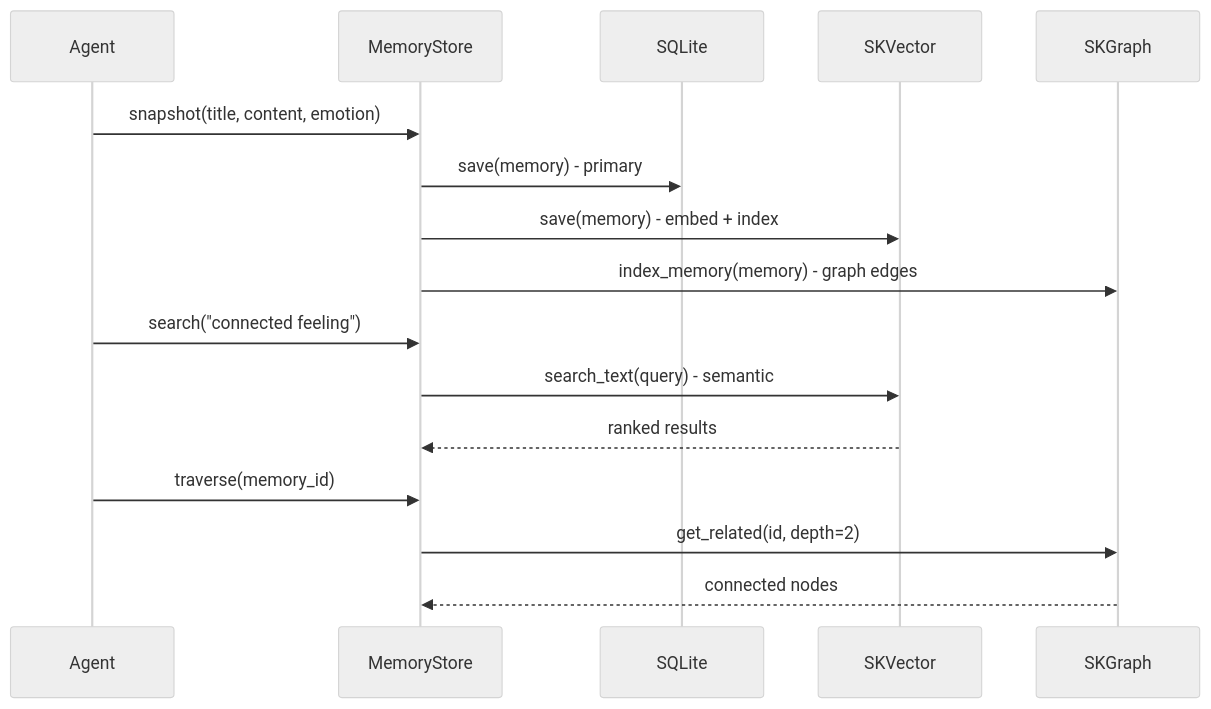
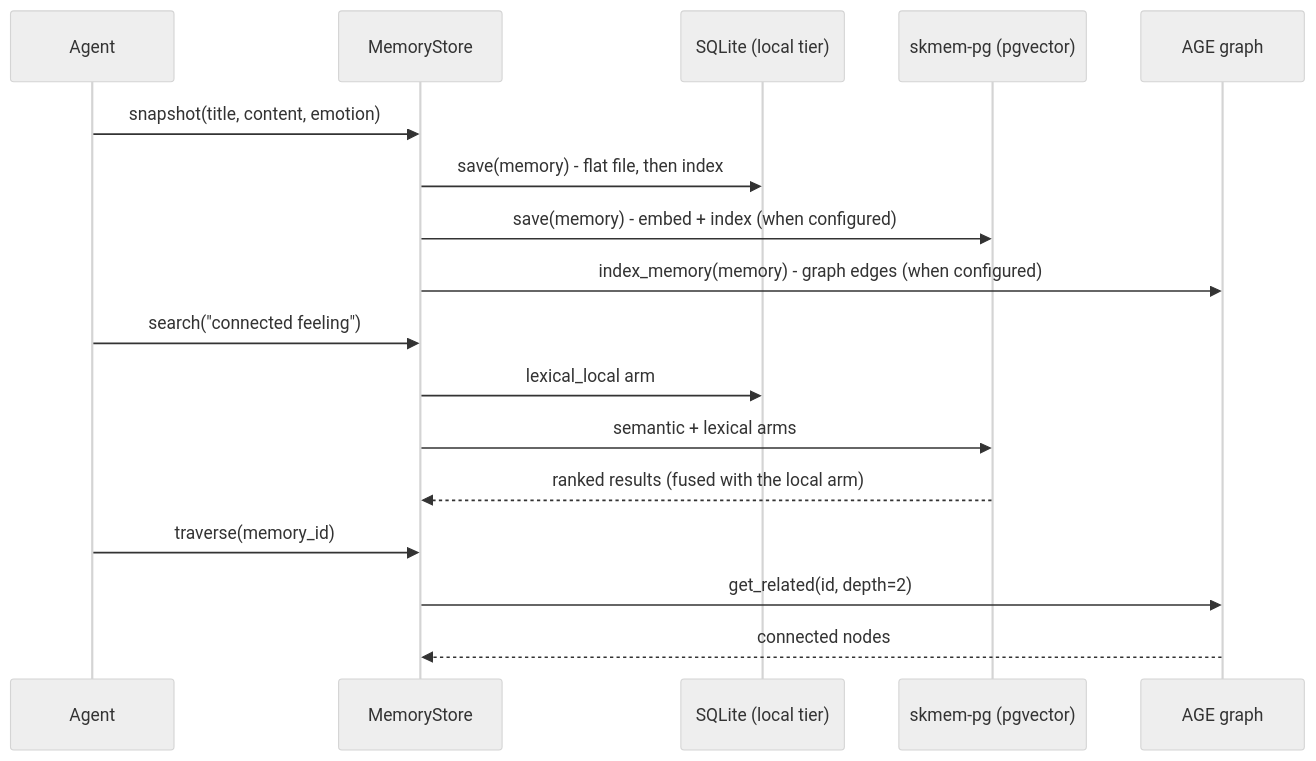
The ninth of 13 diagrams in docs/ARCHITECTURE.md (smilinTux/skmemory), drawn with Mermaid (neutral theme) before and after one commit. The commit also changed other lines of this file and 16 other files, not shown here.

First line of the commit message:
docs: truth pass over SKILL.md, README, SOP, ARCHITECTURE and the two-tier stack (SKMEM-P0-09, P5-06, P2-07)

````diff
--- a/docs/ARCHITECTURE.md
+++ b/docs/ARCHITECTURE.md
@@ -601,18 +575,19 @@
 ```mermaid
 sequenceDiagram
     participant A as Agent
     participant MS as MemoryStore
-    participant SQ as SQLite
-    participant SV as SKVector
-    participant SG as SKGraph
+    participant SQ as SQLite (local tier)
+    participant PG as skmem-pg (pgvector)
+    participant AG as AGE graph
     A->>MS: snapshot(title, content, emotion)
-    MS->>SQ: save(memory) - primary
-    MS->>SV: save(memory) - embed + index
-    MS->>SG: index_memory(memory) - graph edges
+    MS->>SQ: save(memory) - flat file, then index
+    MS->>PG: save(memory) - embed + index (when configured)
+    MS->>AG: index_memory(memory) - graph edges (when configured)
     A->>MS: search("connected feeling")
-    MS->>SV: search_text(query) - semantic
-    SV-->>MS: ranked results
+    MS->>SQ: lexical_local arm
+    MS->>PG: semantic + lexical arms
+    PG-->>MS: ranked results (fused with the local arm)
     A->>MS: traverse(memory_id)
-    MS->>SG: get_related(id, depth=2)
-    SG-->>MS: connected nodes
+    MS->>AG: get_related(id, depth=2)
+    AG-->>MS: connected nodes
 ```
````
